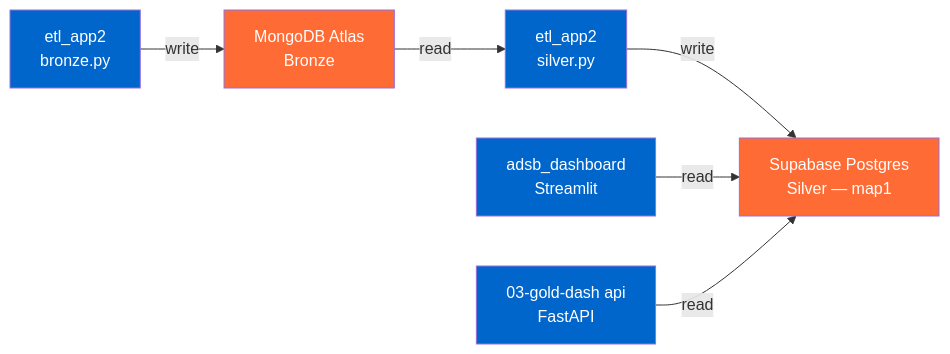
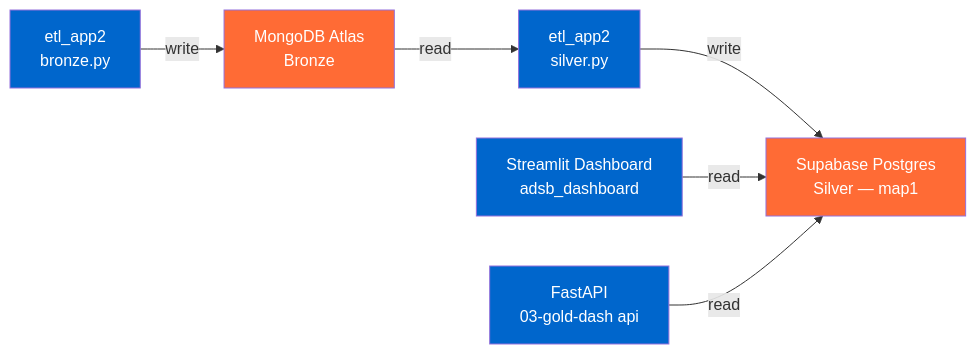
Before and after one commit to MatthiasSails/airline-data-platform: the fifth of 7 diagrams in docs/architecture/README.md, drawn with Mermaid. The commit also changed other lines of this file, not shown here.

Commit message:
docs(architecture): lead diagram labels with tech name, not container name
Streamlit Dashboard, FastAPI, Dash Dashboard now lead the node
labels (container/folder name kept as secondary line) — consistent
naming across both diagrams, easier to scan at a glance.

````diff
--- a/docs/architecture/README.md
+++ b/docs/architecture/README.md
@@ -180,22 +180,22 @@
 ```mermaid
 graph LR
     BRONZE["etl_app2<br/>bronze.py"]
     SILVER["etl_app2<br/>silver.py"]
-    DASH1["adsb_dashboard<br/>Streamlit"]
-    API["03-gold-dash api<br/>FastAPI"]
+    DASH1["Streamlit Dashboard<br/>adsb_dashboard"]
+    API["FastAPI<br/>03-gold-dash api"]
     MONGO["MongoDB Atlas<br/>Bronze"]
     SUPA["Supabase Postgres<br/>Silver — map1"]
 
     BRONZE -->|write| MONGO
     MONGO -->|read| SILVER
     SILVER -->|write| SUPA
     DASH1 -->|read| SUPA
     API -->|read| SUPA
 
     style MONGO fill:#FF6B35,color:#fff
     style SUPA fill:#FF6B35,color:#fff
     style BRONZE fill:#0066CC,color:#fff
     style SILVER fill:#0066CC,color:#fff
     style DASH1 fill:#0066CC,color:#fff
     style API fill:#0066CC,color:#fff
 ```
````
